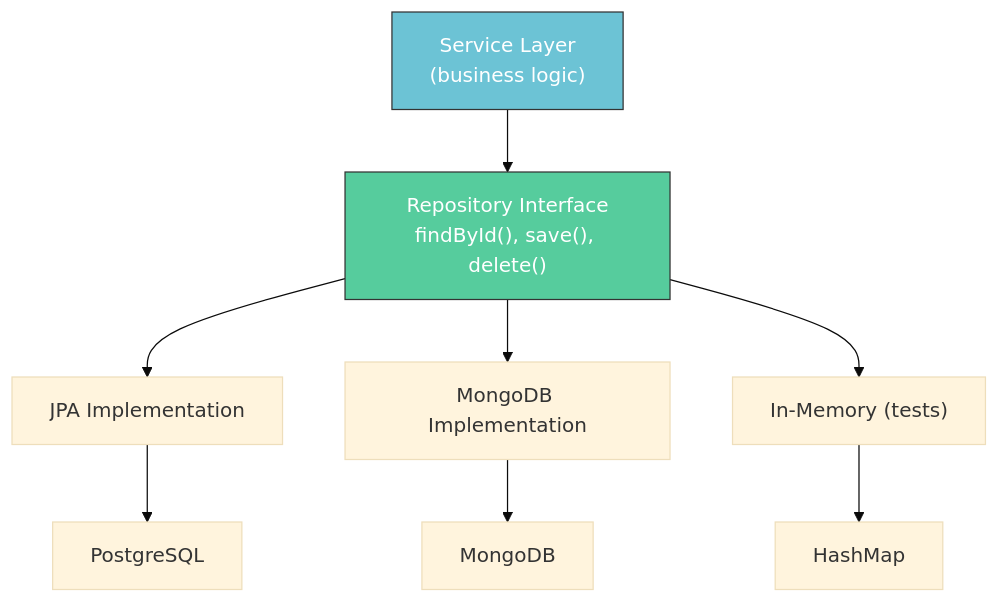
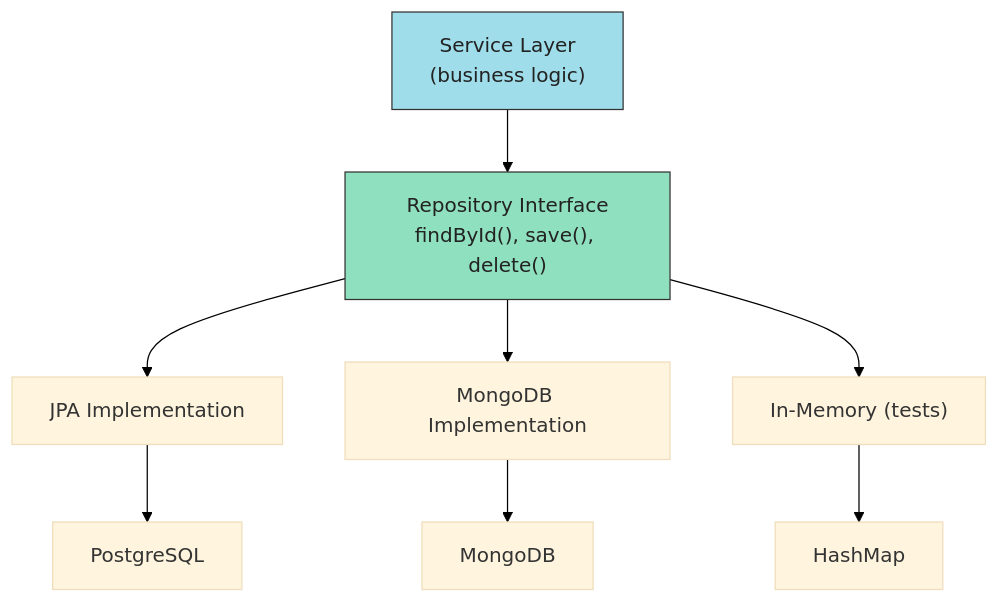
One commit to tanquangduong/tanquangduong.github.io changed the eighth of 10 diagrams in posts/design-pattern/Design-Pattern-Interview-QA-2.qmd. Above: the diagram before and after it, drawn with Mermaid (base theme). The commit also changed other lines of this file and 204 other files, not shown here.

````diff
--- a/posts/design-pattern/Design-Pattern-Interview-QA-2.qmd
+++ b/posts/design-pattern/Design-Pattern-Interview-QA-2.qmd
@@ -1117,15 +1124,16 @@
 ```{mermaid}
 graph TD
+    linkStyle default stroke:#000,color:#000
     SERVICE["Service Layer<br/>(business logic)"]
     SERVICE --> REPO["Repository Interface<br/>findById(), save(), delete()"]
     REPO --> IMPL1["JPA Implementation"]
     REPO --> IMPL2["MongoDB Implementation"]
     REPO --> IMPL3["In-Memory (tests)"]
 
     IMPL1 --> DB1["PostgreSQL"]
     IMPL2 --> DB2["MongoDB"]
     IMPL3 --> DB3["HashMap"]
 
-    style REPO fill:#56cc9d,stroke:#333,color:#fff
-    style SERVICE fill:#6cc3d5,stroke:#333,color:#fff
+    style REPO fill:#8fe0bf,stroke:#333,color:#222
+    style SERVICE fill:#9fddea,stroke:#333,color:#222
 ```
````
